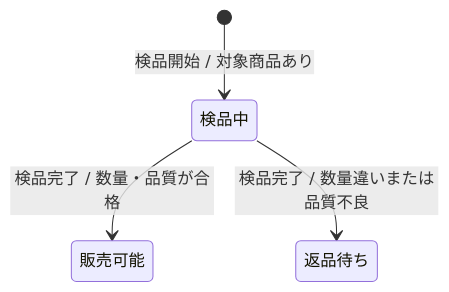
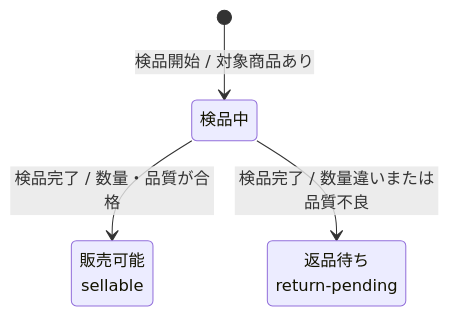
The second of 2 diagrams in docs/ja/specdojo/rulebooks/stsd-mermaid-rulebook.md (specdojo/specdojo), drawn with Mermaid before and after one commit. The commit also changed other lines of this file and 4 other files, not shown here.

Commit message:
exec(register PJR-NEPD): stsd-mermaid-rulebook の表示名を状態名と値の 2 行にする

````diff
--- a/docs/ja/specdojo/rulebooks/stsd-mermaid-rulebook.md
+++ b/docs/ja/specdojo/rulebooks/stsd-mermaid-rulebook.md
@@ -88,6 +93,9 @@
 ```mermaid
 stateDiagram-v2
-  [*] --> 検品中 : 検品開始 / 対象商品あり
-  検品中 --> 販売可能 : 検品完了 / 数量・品質が合格
-  検品中 --> 返品待ち : 検品完了 / 数量違いまたは品質不良
+  state "検品中" as inspecting
+  state "販売可能<br>sellable" as sellable
+  state "返品待ち<br>return-pending" as return_pending
+  [*] --> inspecting : 検品開始 / 対象商品あり
+  inspecting --> sellable : 検品完了 / 数量・品質が合格
+  inspecting --> return_pending : 検品完了 / 数量違いまたは品質不良
 ```
````
